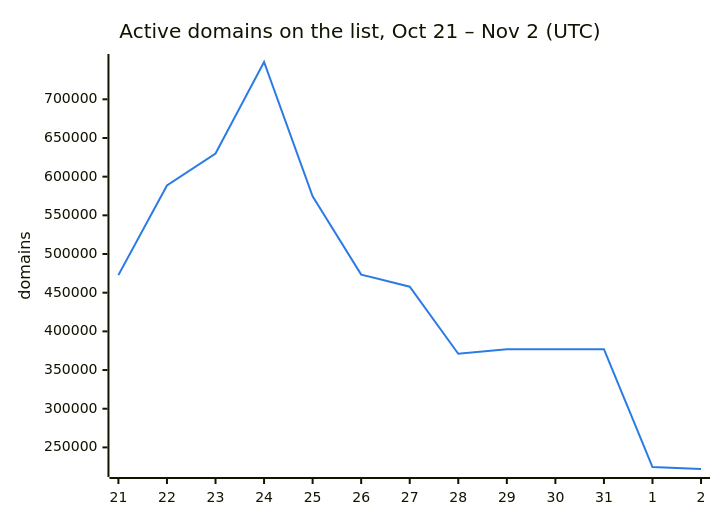
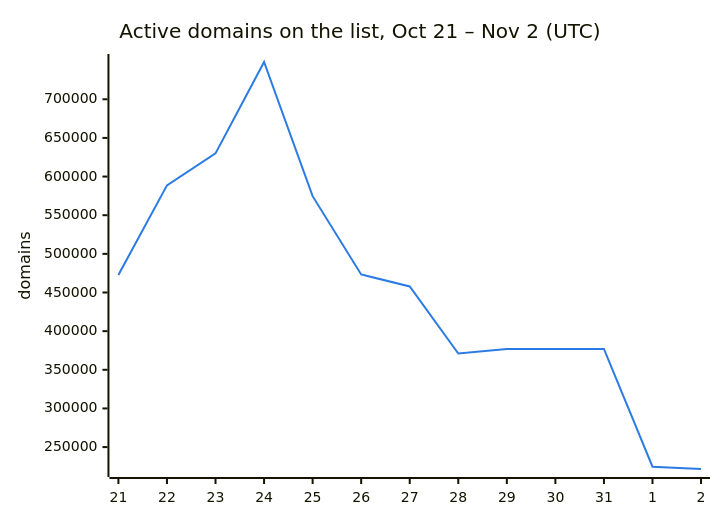
The second of 3 diagrams in README.md (DNSBunker/CTI), drawn with Mermaid before and after one commit. The commit also changed other lines of this file and 3 other files, not shown here.

````diff
--- a/README.md
+++ b/README.md
@@ -38,8 +38,8 @@
 ```mermaid
 %%{init: {"themeVariables": {"xyChart": {"plotColorPalette": "#2c7be5"}}}}%%
 xychart-beta
     title "Active domains on the list, Oct 21 – Nov 2 (UTC)"
     x-axis ["21", "22", "23", "24", "25", "26", "27", "28", "29", "30", "31", "1", "2"]
     y-axis "domains"
-    line [472713, 588659, 629951, 748222, 574614, 473331, 457795, 371010, 376945, 376945, 376945, 224607, 222072]
+    line [472713, 588659, 629951, 748222, 574614, 473331, 457795, 371010, 376945, 376945, 376945, 224607, 221651]
 ```
````
